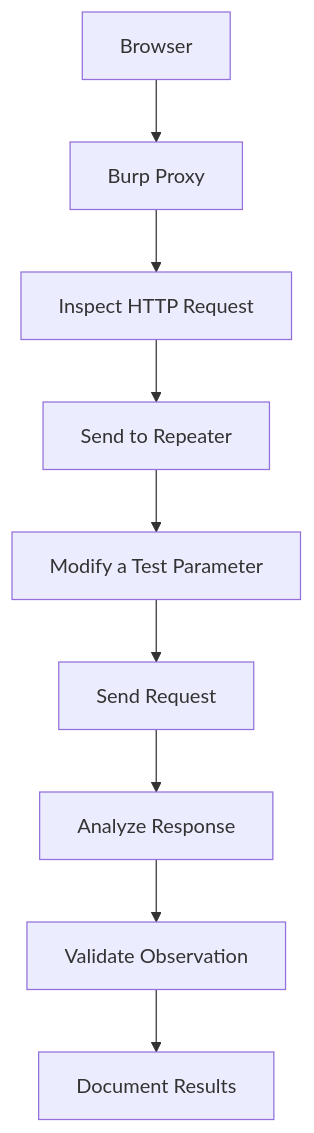
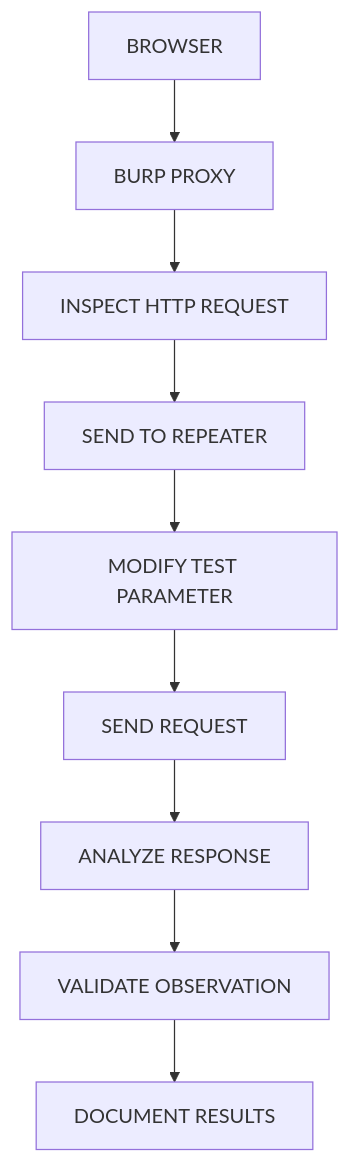
The fourth of 5 diagrams in README.md (GhostMaskR/Web-Application-Basics), drawn with Mermaid before and after one commit. The commit also changed other lines of this file, not shown here.

````diff
--- a/README.md
+++ b/README.md
@@ -460,11 +445,11 @@
 ```mermaid
 flowchart TD
-    A["Browser"] --> B["Burp Proxy"]
-    B --> C["Inspect HTTP Request"]
-    C --> D["Send to Repeater"]
-    D --> E["Modify a Test Parameter"]
-    E --> F["Send Request"]
-    F --> G["Analyze Response"]
-    G --> H["Validate Observation"]
-    H --> I["Document Results"]
+    A["BROWSER"] --> B["BURP PROXY"]
+    B --> C["INSPECT HTTP REQUEST"]
+    C --> D["SEND TO REPEATER"]
+    D --> E["MODIFY TEST PARAMETER"]
+    E --> F["SEND REQUEST"]
+    F --> G["ANALYZE RESPONSE"]
+    G --> H["VALIDATE OBSERVATION"]
+    H --> I["DOCUMENT RESULTS"]
 ```
````
